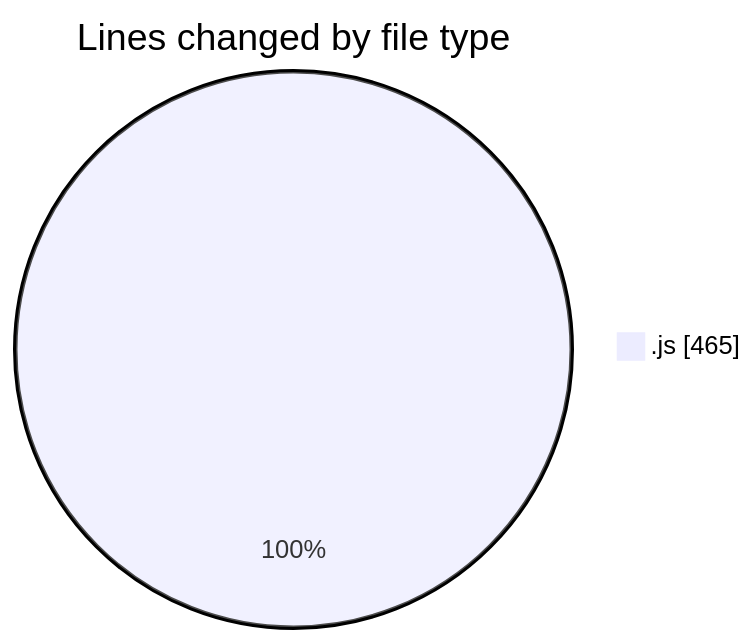
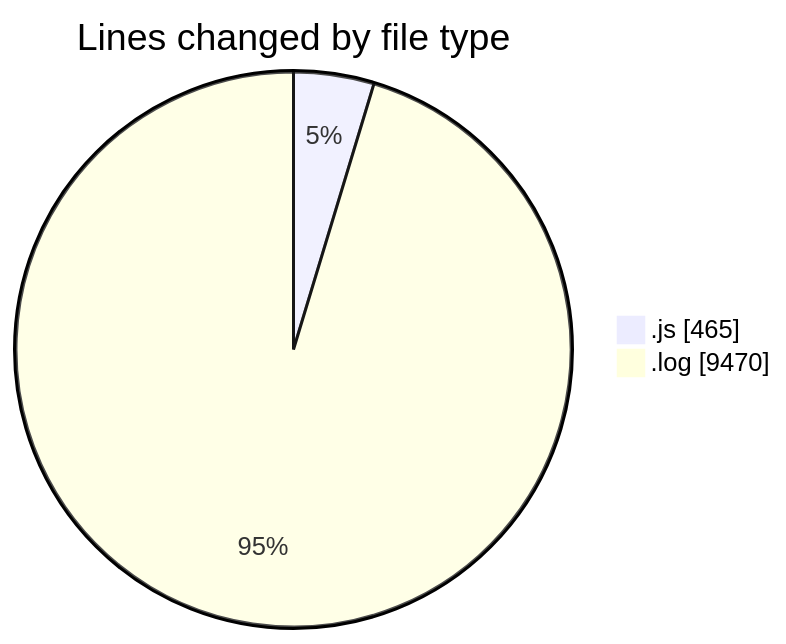
The first of 2 diagrams in 2025-04-04/jsvms/README.md (BS-eng2023/code-tracking), drawn with Mermaid before and after one commit. The commit also changed other lines of this file and 1 other file, not shown here.

````diff
--- a/2025-04-04/jsvms/README.md
+++ b/2025-04-04/jsvms/README.md
@@ -25,5 +26,6 @@
 ```mermaid
 pie showData
 title Lines changed by file type
 ".js" : 465
+".log" : 9470
 ```
````
